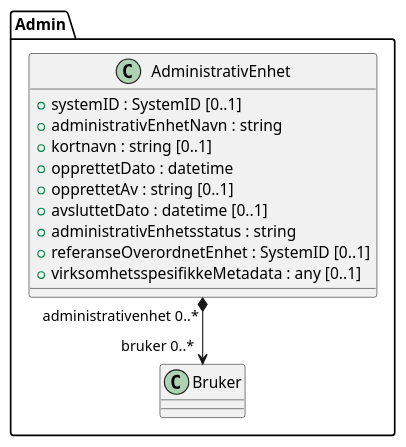
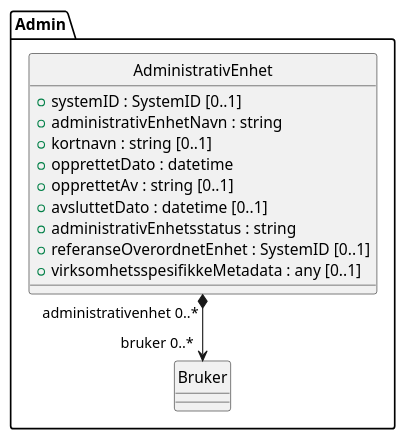
The diagram in kapitler/media/uml-class-administrativenhet.puml (arkivverket/noark5-tjenestegrensesnitt-standard), drawn with PlantUML before and after one commit. The commit also changed 40 other files, not shown here.

Commit message:
Oppdater UML-diagram med arv og stereotyper.

```diff
--- a/kapitler/media/uml-class-administrativenhet.puml
+++ b/kapitler/media/uml-class-administrativenhet.puml
@@ -1,15 +1,18 @@
 @startuml
 skinparam nodesep 100
+hide circle
 class Admin.AdministrativEnhet {
   +systemID : SystemID [0..1]
   +administrativEnhetNavn : string
   +kortnavn : string [0..1]
   +opprettetDato : datetime
   +opprettetAv : string [0..1]
   +avsluttetDato : datetime [0..1]
   +administrativEnhetsstatus : string
   +referanseOverordnetEnhet : SystemID [0..1]
   +virksomhetsspesifikkeMetadata : any [0..1]
 }
+class Admin.Bruker {
+}
 Admin.AdministrativEnhet "administrativenhet 0..*" *--> "bruker 0..*" Admin.Bruker
 @enduml
```
